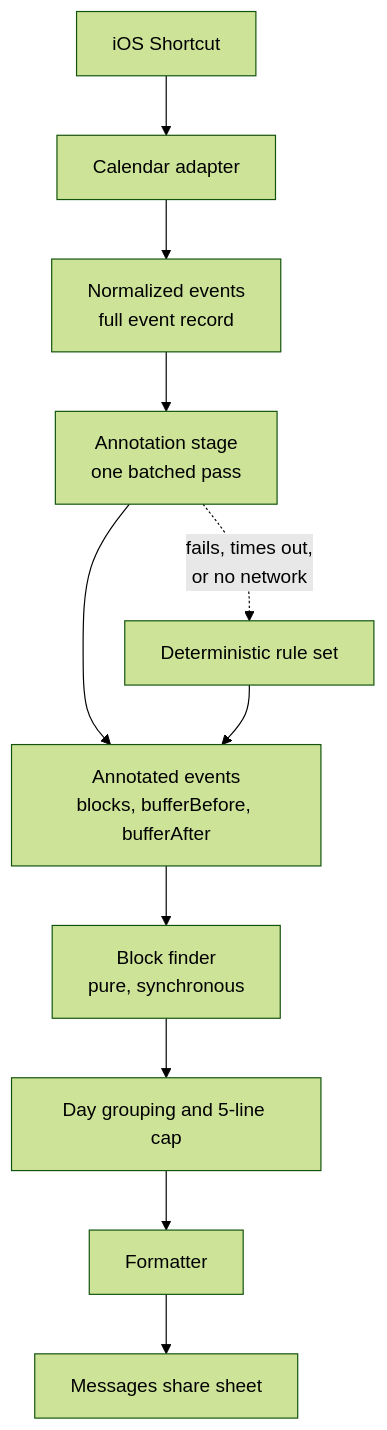
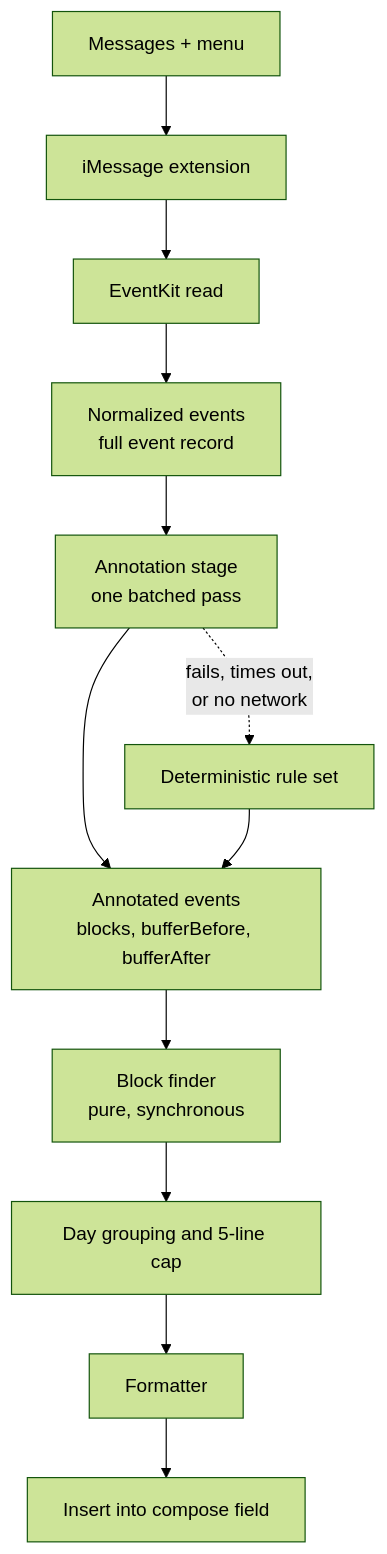
One commit to raineorshine/avail changed the diagram in docs/plans/2026-09-20-1819-feat-mobile-availability-plan.md. Above: the diagram before and after it, drawn with Mermaid (forest theme). The commit also changed other lines of this file, not shown here.

First line of the commit message:
Switch plan to a native iMessage extension in Swift

````diff
--- a/docs/plans/2026-09-20-1819-feat-mobile-availability-plan.md
+++ b/docs/plans/2026-09-20-1819-feat-mobile-availability-plan.md
@@ -47,13 +47,14 @@
 ```mermaid
 flowchart TB
-  A[iOS Shortcut] --> B[Calendar adapter]
-  B --> C[Normalized events<br/>full event record]
-  C --> D[Annotation stage<br/>one batched pass]
-  D --> E[Annotated events<br/>blocks, bufferBefore, bufferAfter]
-  E --> F[Block finder<br/>pure, synchronous]
-  F --> G[Day grouping and 5-line cap]
-  G --> H[Formatter]
-  H --> I[Messages share sheet]
-  D -.->|fails, times out,<br/>or no network| J[Deterministic rule set]
-  J --> E
+  A[Messages + menu] --> B[iMessage extension]
+  B --> C[EventKit read]
+  C --> D[Normalized events<br/>full event record]
+  D --> E[Annotation stage<br/>one batched pass]
+  E --> F[Annotated events<br/>blocks, bufferBefore, bufferAfter]
+  F --> G[Block finder<br/>pure, synchronous]
+  G --> H[Day grouping and 5-line cap]
+  H --> I[Formatter]
+  I --> J[Insert into compose field]
+  E -.->|fails, times out,<br/>or no network| K[Deterministic rule set]
+  K --> F
 ```
````
